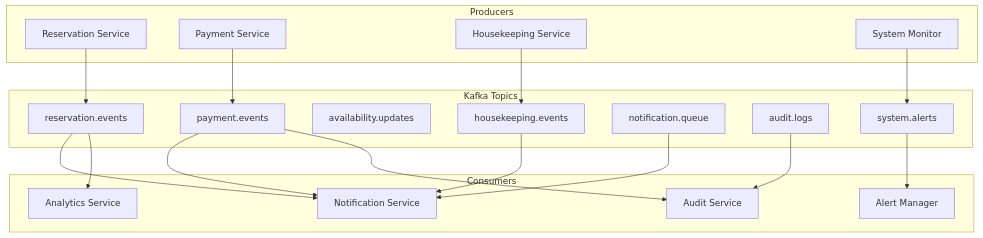
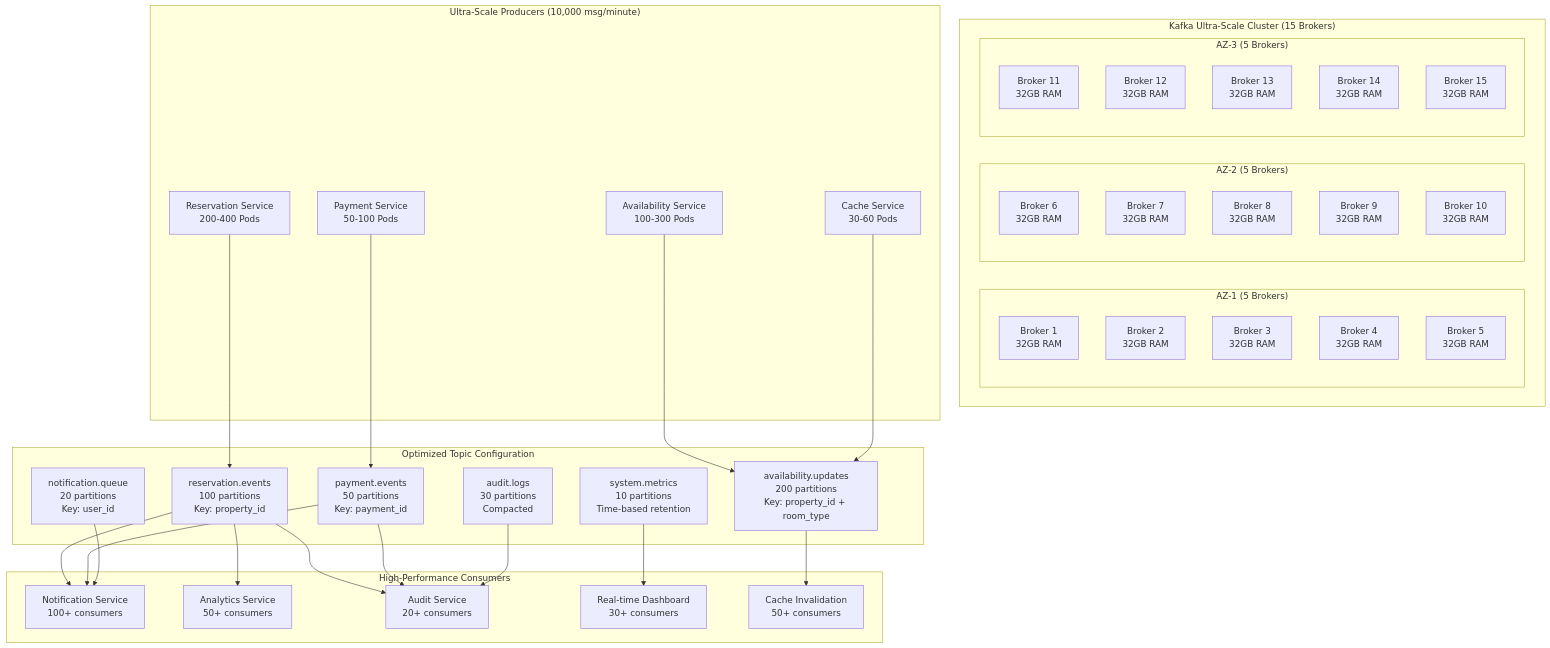
Before and after one commit to red2n/modern-reservation: diagram 18 of 20 in docs/product-requirements-document.md, drawn with Mermaid. The commit also changed other lines of this file, not shown here.

Commit message:
Implement code changes to enhance functionality and improve performance

````diff
--- a/docs/product-requirements-document.md
+++ b/docs/product-requirements-document.md
@@ -1203,40 +2035,67 @@
 ```mermaid
 graph TB
-    subgraph "Kafka Topics"
-        A[reservation.events]
-        B[payment.events]
-        C[availability.updates]
-        D[housekeeping.events]
-        E[notification.queue]
-        F[audit.logs]
-        G[system.alerts]
+    subgraph "Kafka Ultra-Scale Cluster (15 Brokers)"
+        subgraph "AZ-1 (5 Brokers)"
+            K1[Broker 1<br/>32GB RAM]
+            K2[Broker 2<br/>32GB RAM]
+            K3[Broker 3<br/>32GB RAM]
+            K4[Broker 4<br/>32GB RAM]
+            K5[Broker 5<br/>32GB RAM]
+        end
+
+        subgraph "AZ-2 (5 Brokers)"
+            K6[Broker 6<br/>32GB RAM]
+            K7[Broker 7<br/>32GB RAM]
+            K8[Broker 8<br/>32GB RAM]
+            K9[Broker 9<br/>32GB RAM]
+            K10[Broker 10<br/>32GB RAM]
+        end
+
+        subgraph "AZ-3 (5 Brokers)"
+            K11[Broker 11<br/>32GB RAM]
+            K12[Broker 12<br/>32GB RAM]
+            K13[Broker 13<br/>32GB RAM]
+            K14[Broker 14<br/>32GB RAM]
+            K15[Broker 15<br/>32GB RAM]
+        end
     end
 
-    subgraph "Producers"
-        P1[Reservation Service]
-        P2[Payment Service]
-        P3[Housekeeping Service]
-        P4[System Monitor]
+    subgraph "Optimized Topic Configuration"
+        T1[reservation.events<br/>100 partitions<br/>Key: property_id]
+        T2[payment.events<br/>50 partitions<br/>Key: payment_id]
+        T3[availability.updates<br/>200 partitions<br/>Key: property_id + room_type]
+        T4[notification.queue<br/>20 partitions<br/>Key: user_id]
+        T5[audit.logs<br/>30 partitions<br/>Compacted]
+        T6[system.metrics<br/>10 partitions<br/>Time-based retention]
     end
 
-    subgraph "Consumers"
-        C1[Notification Service]
-        C2[Analytics Service]
-        C3[Audit Service]
-        C4[Alert Manager]
+    subgraph "Ultra-Scale Producers (10,000 msg/minute)"
+        P1[Reservation Service<br/>200-400 Pods]
+        P2[Availability Service<br/>100-300 Pods]
+        P3[Payment Service<br/>50-100 Pods]
+        P4[Cache Service<br/>30-60 Pods]
     end
 
-    P1 --> A
-    P2 --> B
-    P3 --> D
-    P4 --> G
+    subgraph "High-Performance Consumers"
+        C1[Notification Service<br/>100+ consumers]
+        C2[Analytics Service<br/>50+ consumers]
+        C3[Audit Service<br/>20+ consumers]
+        C4[Real-time Dashboard<br/>30+ consumers]
+        C5[Cache Invalidation<br/>50+ consumers]
+    end
 
-    A --> C1
-    A --> C2
-    B --> C1
-    B --> C3
-    D --> C1
-    E --> C1
-    F --> C3
-    G --> C4
+    P1 --> T1
+    P2 --> T3
+    P3 --> T2
+    P4 --> T3
+
+    T1 --> C1
+    T1 --> C2
+    T1 --> C3
+    T2 --> C1
+    T2 --> C3
+    T3 --> C5
+    T4 --> C1
+    T5 --> C3
+    T6 --> C4
 ```
````
